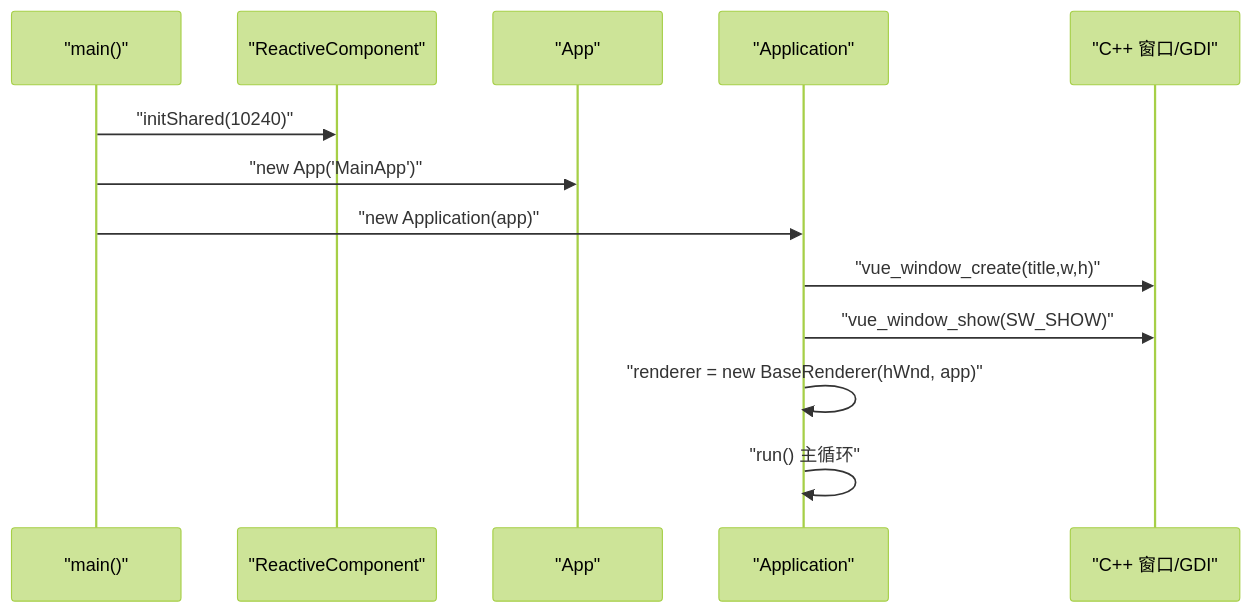
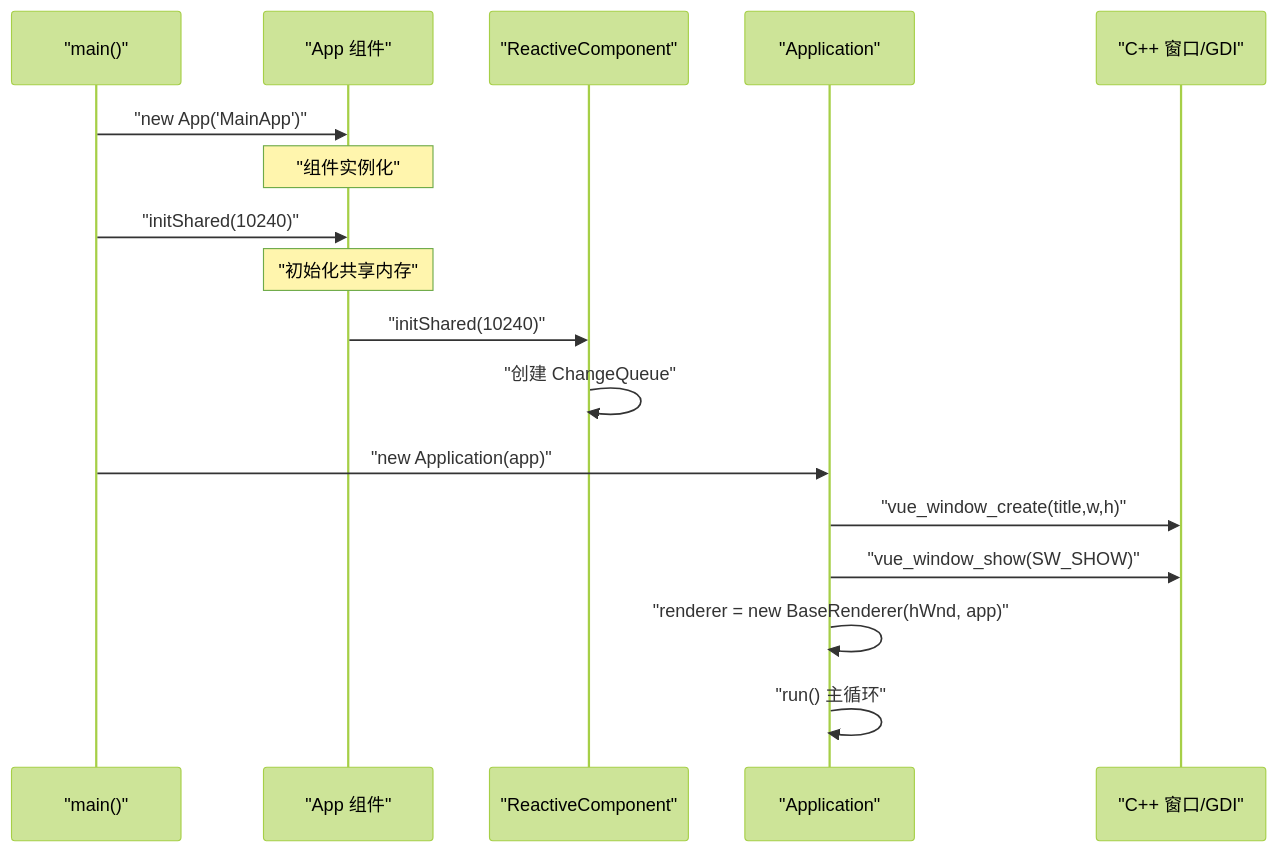
Before and after one commit to xingye00186/PHP-Data-UI-Framework-powered-by-swooleAOT: the sixth of 7 diagrams in .qoder/repowiki/zh/content/应用程序生命周期/应用程序生命周期.md, drawn with Mermaid (forest theme). The commit also changed other lines of this file and 37 other files, not shown here.

````diff
--- a/.qoder/repowiki/zh/content/应用程序生命周期/应用程序生命周期.md
+++ b/.qoder/repowiki/zh/content/应用程序生命周期/应用程序生命周期.md
@@ -252,15 +248,19 @@
 ```mermaid
 sequenceDiagram
 participant Main as "main()"
+participant App as "App 组件"
 participant RC as "ReactiveComponent"
-participant App as "App"
 participant Controller as "Application"
 participant Cpp as "C++ 窗口/GDI"
-Main->>RC : "initShared(10240)"
 Main->>App : "new App('MainApp')"
+Note over App : "组件实例化"
+Main->>App : "initShared(10240)"
+Note over App : "初始化共享内存"
+App->>RC : "initShared(10240)"
+RC->>RC : "创建 ChangeQueue"
 Main->>Controller : "new Application(app)"
 Controller->>Cpp : "vue_window_create(title,w,h)"
 Controller->>Cpp : "vue_window_show(SW_SHOW)"
 Controller->>Controller : "renderer = new BaseRenderer(hWnd, app)"
 Controller->>Controller : "run() 主循环"
 ```
````
